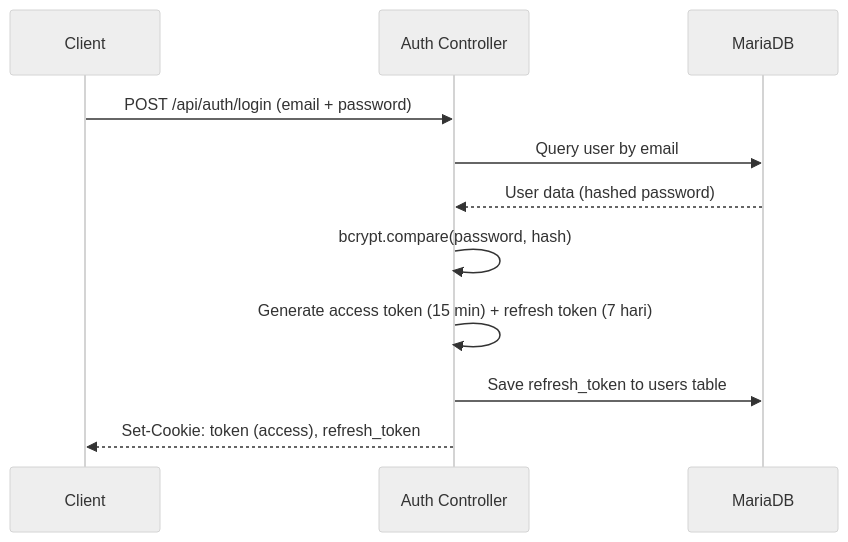
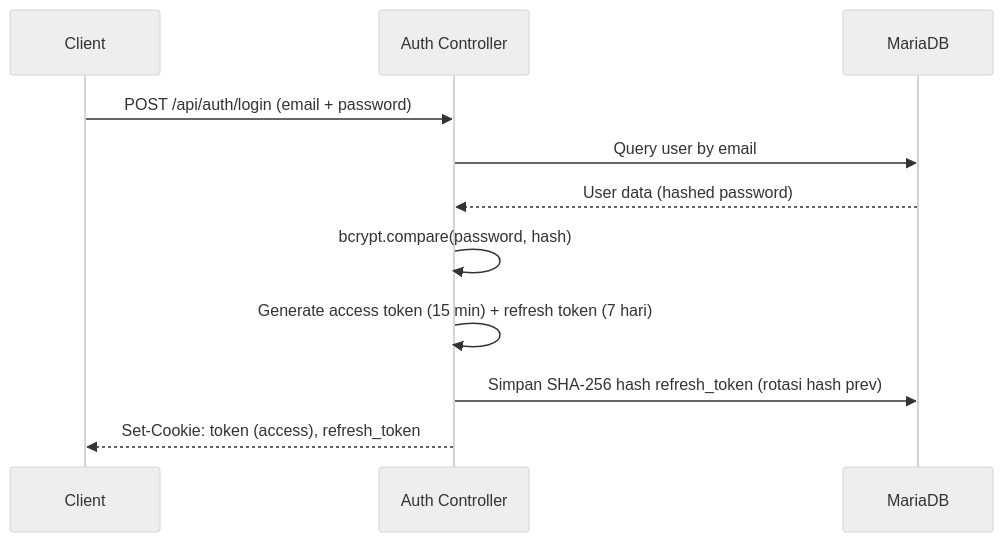
One commit to skripsi-me/backend changed the fifth of 7 diagrams in docs/ARCHITECTURE.md. Above: the diagram before and after it, drawn with Mermaid (neutral theme). The commit also changed other lines of this file and 7 other files, not shown here.

Commit message:
docs: sync documentation to current project state (bulk endpoint, API key, refresh-token hash, CORS/CORS prod, dedupe env tables)

````diff
--- a/docs/ARCHITECTURE.md
+++ b/docs/ARCHITECTURE.md
@@ -185,14 +188,14 @@
 ```mermaid
 sequenceDiagram
     participant C as Client
     participant Auth as Auth Controller
     participant DB as MariaDB
 
     C->>Auth: POST /api/auth/login (email + password)
     Auth->>DB: Query user by email
     DB-->>Auth: User data (hashed password)
     Auth->>Auth: bcrypt.compare(password, hash)
     Auth->>Auth: Generate access token (15 min) + refresh token (7 hari)
-    Auth->>DB: Save refresh_token to users table
+    Auth->>DB: Simpan SHA-256 hash refresh_token (rotasi hash prev)
     Auth-->>C: Set-Cookie: token (access), refresh_token
 ```
````
